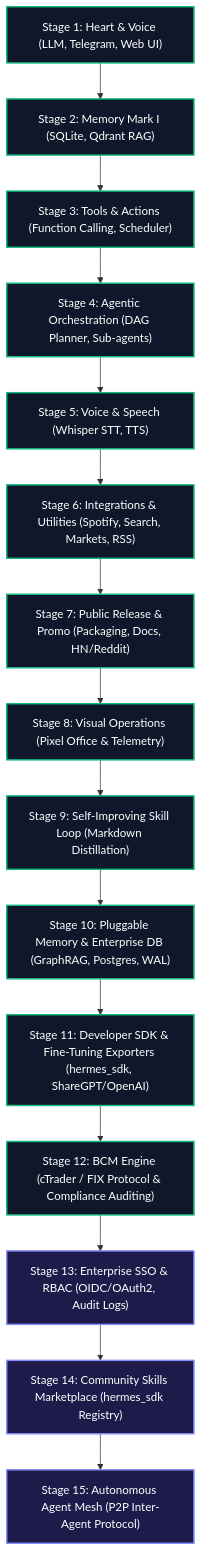
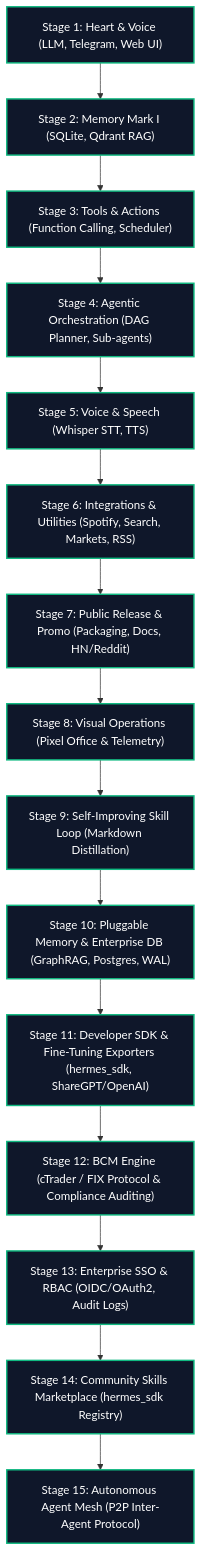
The first of 2 diagrams in ROADMAP.md (pauloberezini/hermes-synapse), drawn with Mermaid before and after one commit. The commit also changed other lines of this file, not shown here.

Commit message:
docs(roadmap): mark Stages 13-15 as completed green milestones

````diff
--- a/ROADMAP.md
+++ b/ROADMAP.md
@@ -11,33 +11,33 @@
 ```mermaid
 graph TD
     Stage1["Stage 1: Heart & Voice (LLM, Telegram, Web UI)"] --> Stage2["Stage 2: Memory Mark I (SQLite, Qdrant RAG)"]
     Stage2 --> Stage3["Stage 3: Tools & Actions (Function Calling, Scheduler)"]
     Stage3 --> Stage4["Stage 4: Agentic Orchestration (DAG Planner, Sub-agents)"]
     Stage4 --> Stage5["Stage 5: Voice & Speech (Whisper STT, TTS)"]
     Stage5 --> Stage6["Stage 6: Integrations & Utilities (Spotify, Search, Markets, RSS)"]
     Stage6 --> Stage7["Stage 7: Public Release & Promo (Packaging, Docs, HN/Reddit)"]
     Stage7 --> Stage8["Stage 8: Visual Operations (Pixel Office & Telemetry)"]
     Stage8 --> Stage9["Stage 9: Self-Improving Skill Loop (Markdown Distillation)"]
     Stage9 --> Stage10["Stage 10: Pluggable Memory & Enterprise DB (GraphRAG, Postgres, WAL)"]
     Stage10 --> Stage11["Stage 11: Developer SDK & Fine-Tuning Exporters (hermes_sdk, ShareGPT/OpenAI)"]
     Stage11 --> Stage12["Stage 12: BCM Engine (cTrader / FIX Protocol & Compliance Auditing)"]
     Stage12 --> Stage13["Stage 13: Enterprise SSO & RBAC (OIDC/OAuth2, Audit Logs)"]
     Stage13 --> Stage14["Stage 14: Community Skills Marketplace (hermes_sdk Registry)"]
     Stage14 --> Stage15["Stage 15: Autonomous Agent Mesh (P2P Inter-Agent Protocol)"]
     
     style Stage1 fill:#0f172a,stroke:#10b981,stroke-width:2px,color:#fff
     style Stage2 fill:#0f172a,stroke:#10b981,stroke-width:2px,color:#fff
     style Stage3 fill:#0f172a,stroke:#10b981,stroke-width:2px,color:#fff
     style Stage4 fill:#0f172a,stroke:#10b981,stroke-width:2px,color:#fff
     style Stage5 fill:#0f172a,stroke:#10b981,stroke-width:2px,color:#fff
     style Stage6 fill:#0f172a,stroke:#10b981,stroke-width:2px,color:#fff
     style Stage7 fill:#0f172a,stroke:#10b981,stroke-width:2px,color:#fff
     style Stage8 fill:#0f172a,stroke:#10b981,stroke-width:2px,color:#fff
     style Stage9 fill:#0f172a,stroke:#10b981,stroke-width:2px,color:#fff
     style Stage10 fill:#0f172a,stroke:#10b981,stroke-width:2px,color:#fff
     style Stage11 fill:#0f172a,stroke:#10b981,stroke-width:2px,color:#fff
     style Stage12 fill:#0f172a,stroke:#10b981,stroke-width:2px,color:#fff
-    style Stage13 fill:#1e1b4b,stroke:#818cf8,stroke-width:2px,color:#fff
-    style Stage14 fill:#1e1b4b,stroke:#818cf8,stroke-width:2px,color:#fff
-    style Stage15 fill:#1e1b4b,stroke:#818cf8,stroke-width:2px,color:#fff
+    style Stage13 fill:#0f172a,stroke:#10b981,stroke-width:2px,color:#fff
+    style Stage14 fill:#0f172a,stroke:#10b981,stroke-width:2px,color:#fff
+    style Stage15 fill:#0f172a,stroke:#10b981,stroke-width:2px,color:#fff
 ```
````
